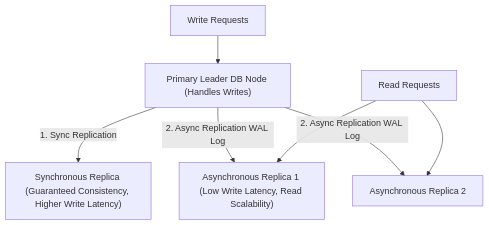
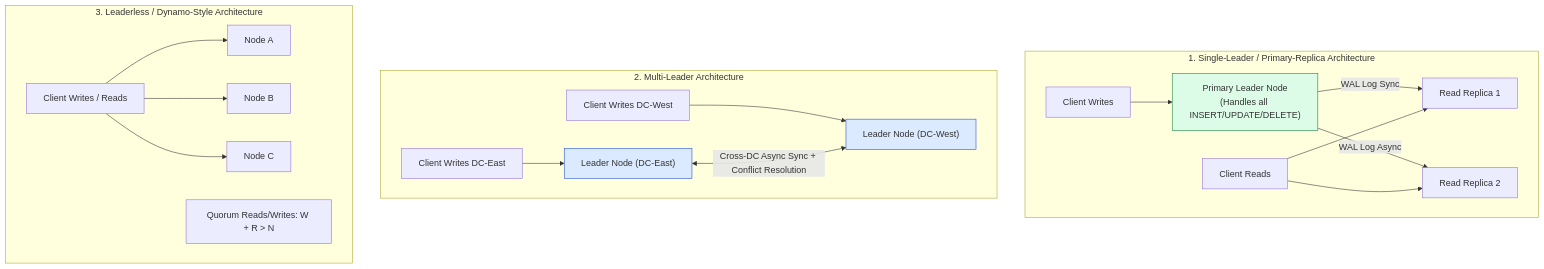
The first of 3 diagrams in system-design-notes/10-database-replication.md (Amie-dev/engineering-playbook), drawn with Mermaid before and after one commit. The commit also changed other lines of this file and 33 other files, not shown here.

````diff
--- a/system-design-notes/10-database-replication.md
+++ b/system-design-notes/10-database-replication.md
@@ -10,10 +13,24 @@
 ```mermaid
 flowchart TD
-    ClientWrite[Write Requests] --> Leader["Primary Leader DB Node (Handles Writes)"]
-    Leader -->|1. Sync Replication| SyncReplica["Synchronous Replica (Guaranteed Consistency, Higher Write Latency)"]
-    Leader -->|2. Async Replication WAL Log| AsyncReplica1["Asynchronous Replica 1 (Low Write Latency, Read Scalability)"]
-    Leader -->|2. Async Replication WAL Log| AsyncReplica2["Asynchronous Replica 2"]
+    subgraph 1. Single-Leader / Primary-Replica Architecture
+        Writes1[Client Writes] --> Primary["Primary Leader Node<br/>(Handles all INSERT/UPDATE/DELETE)"]
+        Primary -->|WAL Log Sync| R1["Read Replica 1"]
+        Primary -->|WAL Log Async| R2["Read Replica 2"]
+        Reads1[Client Reads] --> R1 & R2
+    end
 
-    ClientRead[Read Requests] --> AsyncReplica1
-    ClientRead --> AsyncReplica2
+    subgraph 2. Multi-Leader Architecture
+        W1[Client Writes DC-East] --> LeaderA["Leader Node (DC-East)"]
+        W2[Client Writes DC-West] --> LeaderB["Leader Node (DC-West)"]
+        LeaderA <-->|Cross-DC Async Sync + Conflict Resolution| LeaderB
+    end
+
+    subgraph 3. Leaderless / Dynamo-Style Architecture
+        W3[Client Writes / Reads] --> NodeA["Node A"] & NodeB["Node B"] & NodeC["Node C"]
+        note3["Quorum Reads/Writes: W + R > N"]
+    end
+
+    style Primary fill:#dcfce7,stroke:#15803d
+    style LeaderA fill:#dbeafe,stroke:#1d4ed8
+    style LeaderB fill:#dbeafe,stroke:#1d4ed8
 ```
````
